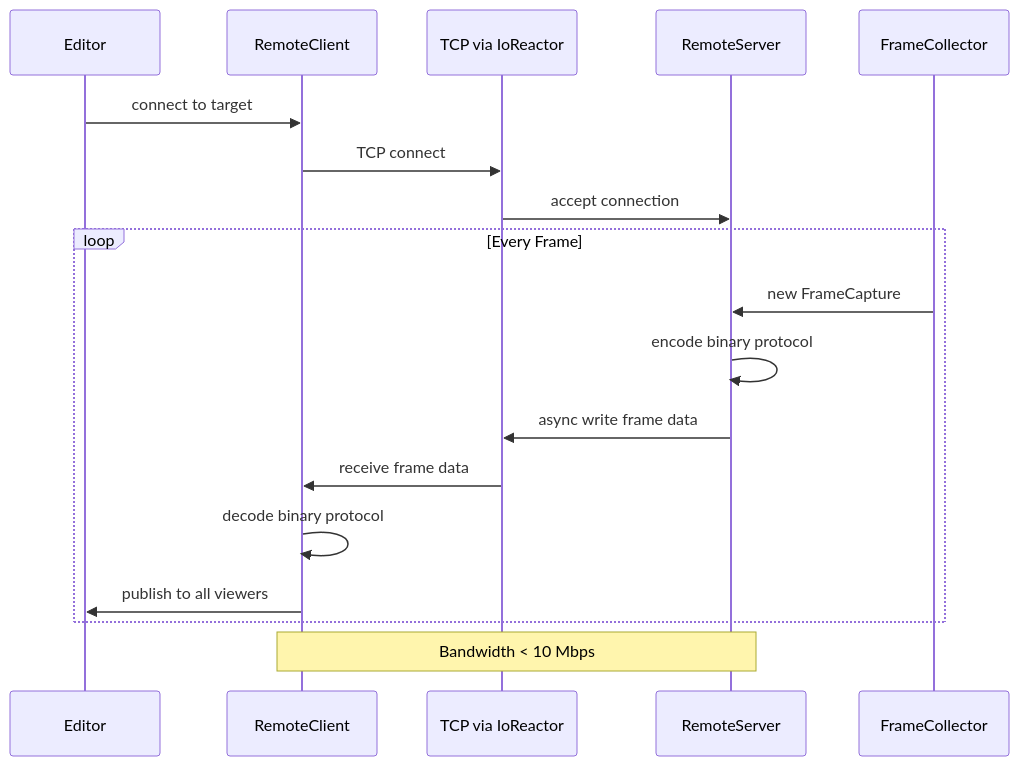
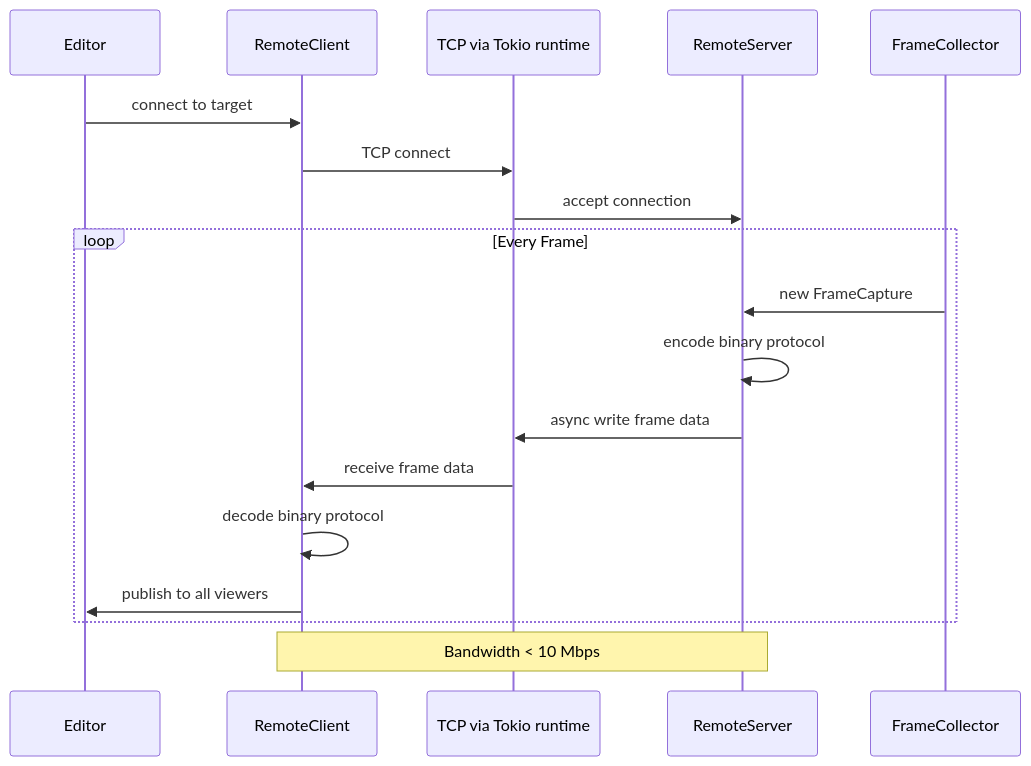
The fifth of 6 diagrams in docs/design/tools/profiler.md (harmonius-dev/harmonius), drawn with Mermaid before and after one commit. The commit also changed other lines of this file and 229 other files, not shown here.

````diff
--- a/docs/design/tools/profiler.md
+++ b/docs/design/tools/profiler.md
@@ -250,23 +250,23 @@
 ```mermaid
 sequenceDiagram
     participant E as Editor
     participant RC as RemoteClient
-    participant NET as TCP via IoReactor
+    participant NET as TCP via Tokio runtime
     participant RS as RemoteServer
     participant FC as FrameCollector
 
     E->>RC: connect to target
     RC->>NET: TCP connect
     NET->>RS: accept connection
 
     loop Every Frame
         FC->>RS: new FrameCapture
         RS->>RS: encode binary protocol
         RS->>NET: async write frame data
         NET->>RC: receive frame data
         RC->>RC: decode binary protocol
         RC->>E: publish to all viewers
     end
 
     Note over RS,RC: Bandwidth < 10 Mbps
 ```
````
